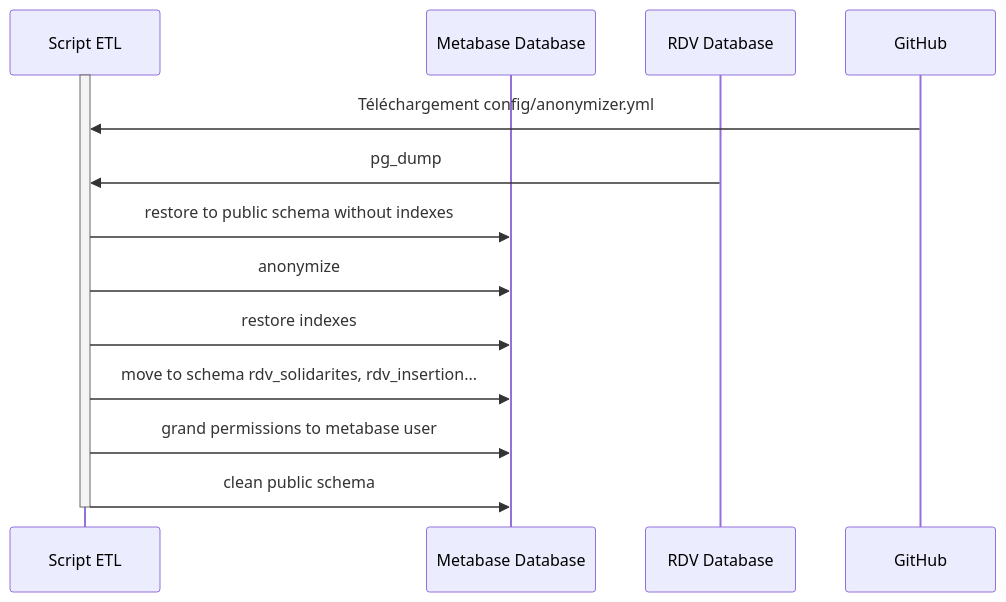
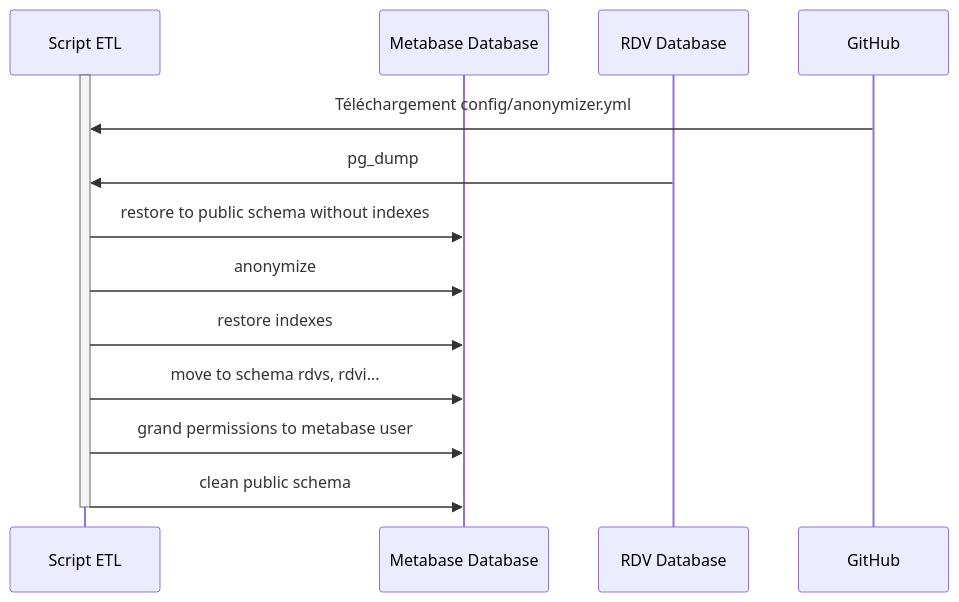
One commit to betagouv/rdv-service-public-etl changed the diagram in README.md. Above: the diagram before and after it, drawn with Mermaid. The commit also changed other lines of this file and 5 other files, not shown here.

Commit message:
renommage des schémas en rdvs rdvi et rdvsp

````diff
--- a/README.md
+++ b/README.md
@@ -11,16 +11,16 @@
 ```mermaid
 sequenceDiagram
     participant ETL as Script ETL
     participant DB_ETL as Metabase Database
     participant DB_RDV as RDV Database
     activate ETL
     GitHub->>ETL: Téléchargement config/anonymizer.yml
     DB_RDV->>ETL: pg_dump
     ETL->>DB_ETL: restore to public schema without indexes
     ETL->>DB_ETL: anonymize
     ETL->>DB_ETL: restore indexes
-    ETL->>DB_ETL: move to schema rdv_solidarites, rdv_insertion...
+    ETL->>DB_ETL: move to schema rdvs, rdvi...
     ETL->>DB_ETL: grand permissions to metabase user
     ETL->>DB_ETL: clean public schema
     deactivate ETL
 ```
````
